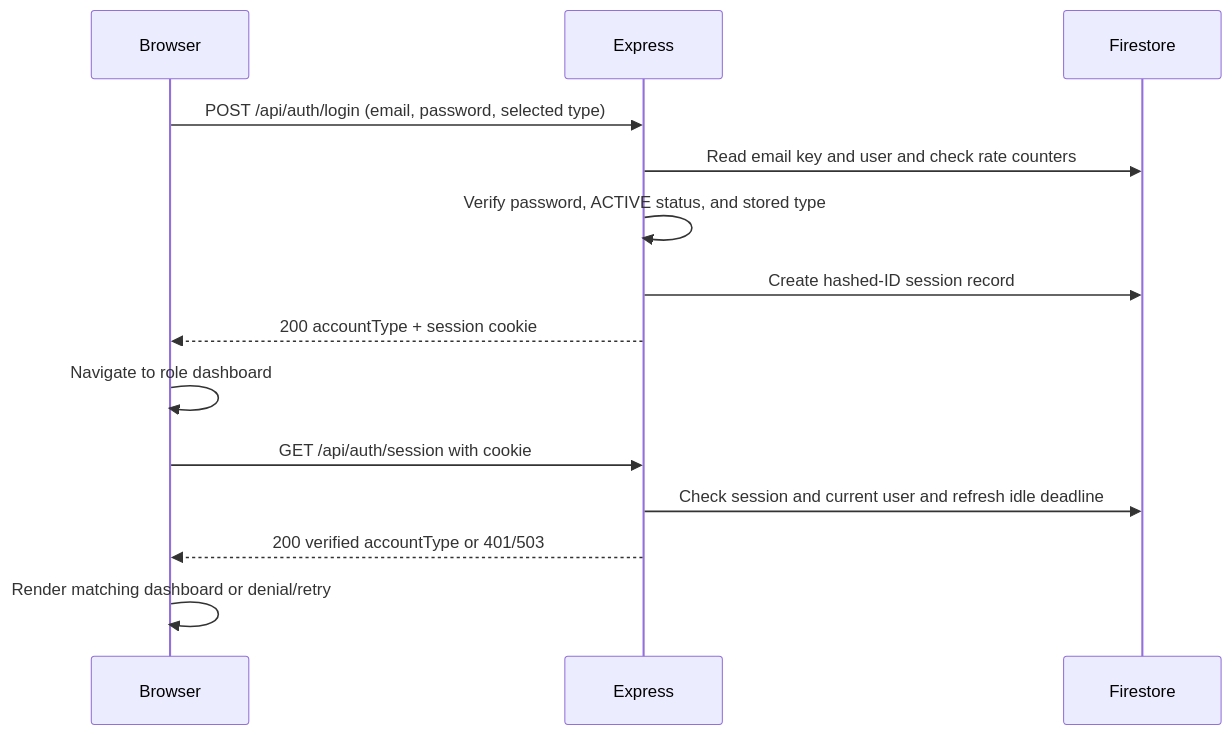
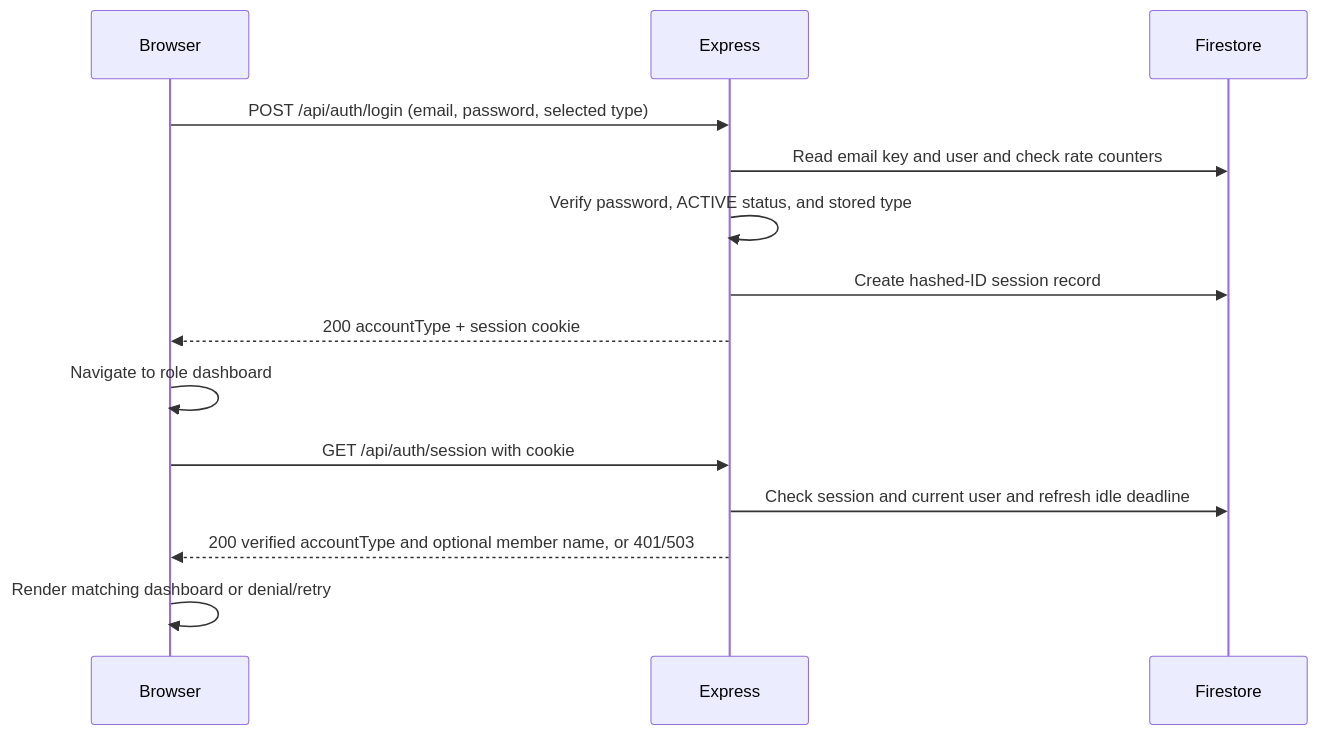
The third of 3 diagrams in docs/DeveloperGuide.md (CS3227-2610-MP4-LibConnect/CS3227-2610-MP4), drawn with Mermaid before and after one commit. The commit also changed other lines of this file, not shown here.

````diff
--- a/docs/DeveloperGuide.md
+++ b/docs/DeveloperGuide.md
@@ -105,16 +108,16 @@
 ```mermaid
 sequenceDiagram
     participant B as Browser
     participant E as Express
     participant F as Firestore
     B->>E: POST /api/auth/login (email, password, selected type)
     E->>F: Read email key and user and check rate counters
     E->>E: Verify password, ACTIVE status, and stored type
     E->>F: Create hashed-ID session record
     E-->>B: 200 accountType + session cookie
     B->>B: Navigate to role dashboard
     B->>E: GET /api/auth/session with cookie
     E->>F: Check session and current user and refresh idle deadline
-    E-->>B: 200 verified accountType or 401/503
+    E-->>B: 200 verified accountType and optional member name, or 401/503
     B->>B: Render matching dashboard or denial/retry
 ```
````
